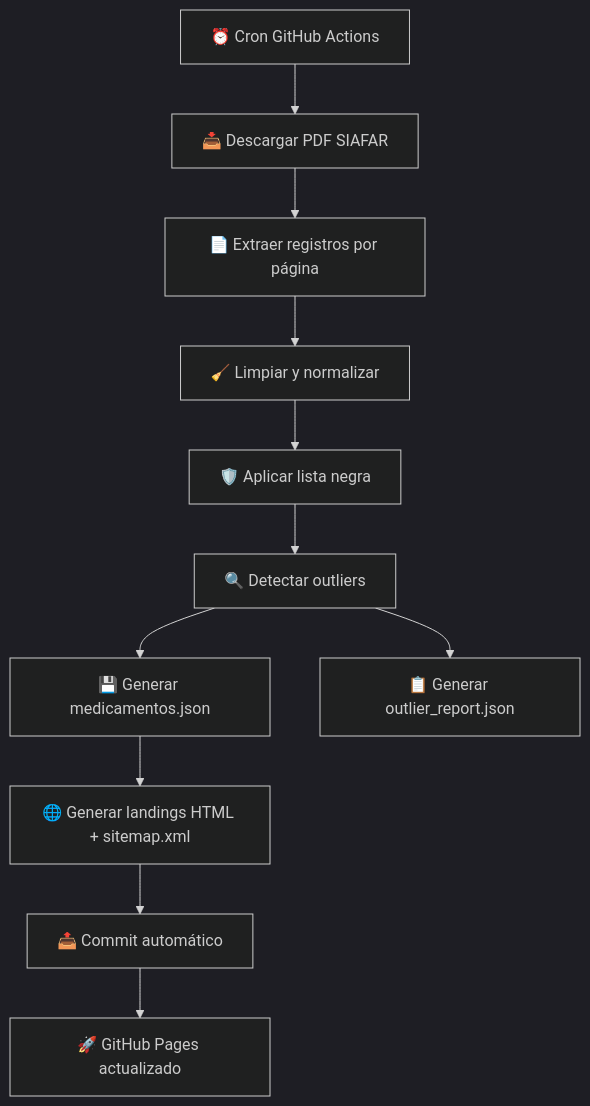
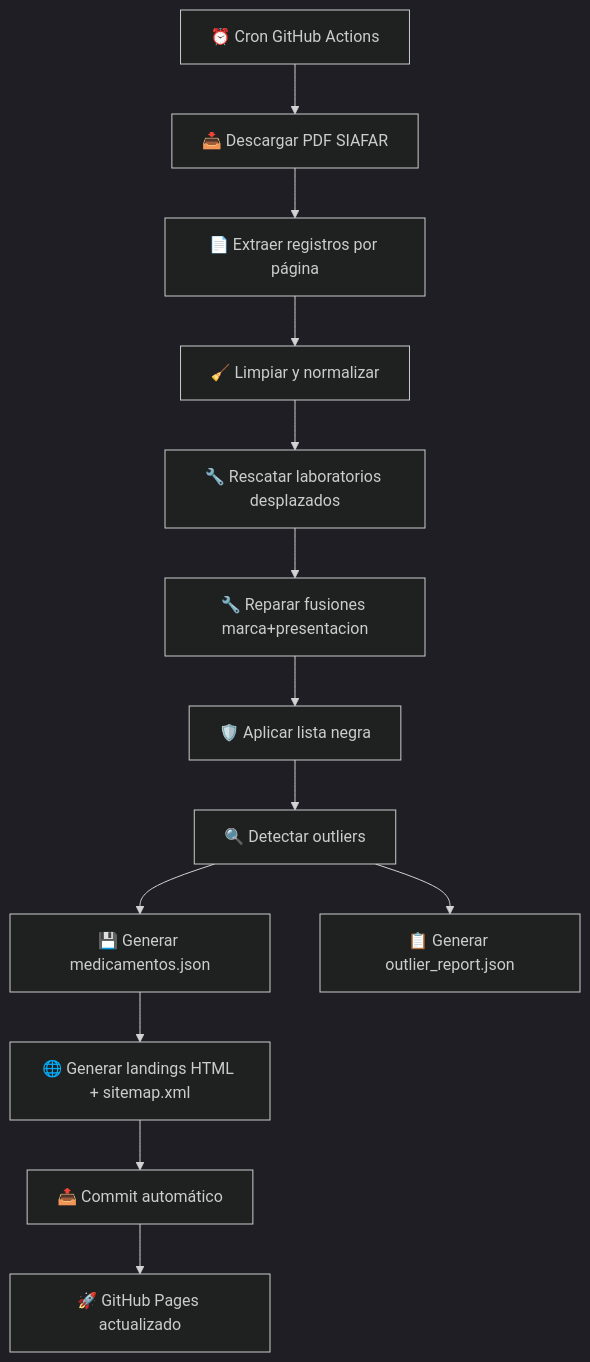
One commit to psbella/remediar changed the second of 8 diagrams in README.md. Above: the diagram before and after it, drawn with Mermaid (dark theme). The commit also changed other lines of this file, not shown here.

Commit message:
Enhance README with new script details and flow
Updated the README to include new scripts and their functionalities, specifically detailing the handling of displaced records and laboratory mergers.

````diff
--- a/README.md
+++ b/README.md
@@ -350,26 +350,30 @@
 ```mermaid
 flowchart TD
 
     A[⏰ Cron GitHub Actions]
     B[📥 Descargar PDF SIAFAR]
     C[📄 Extraer registros por página]
     D[🧹 Limpiar y normalizar]
+    N1[🔧 Rescatar laboratorios desplazados]
+    N2[🔧 Reparar fusiones marca+presentacion]
     BL[🛡️ Aplicar lista negra]
     E[🔍 Detectar outliers]
     F[💾 Generar medicamentos.json]
     R[📋 Generar outlier_report.json]
     G[🌐 Generar landings HTML + sitemap.xml]
     H[📤 Commit automático]
     I[🚀 GitHub Pages actualizado]
 
     A --> B
     B --> C
     C --> D
-    D --> BL
+    D --> N1
+    N1 --> N2
+    N2 --> BL
     BL --> E
     E --> F
     E --> R
     F --> G
     G --> H
     H --> I
 ```
````
